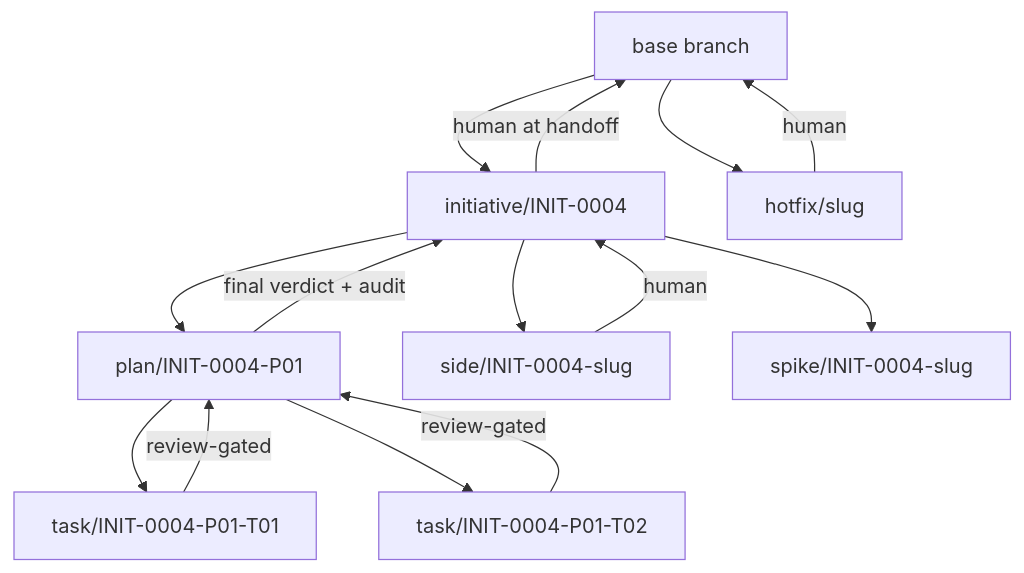
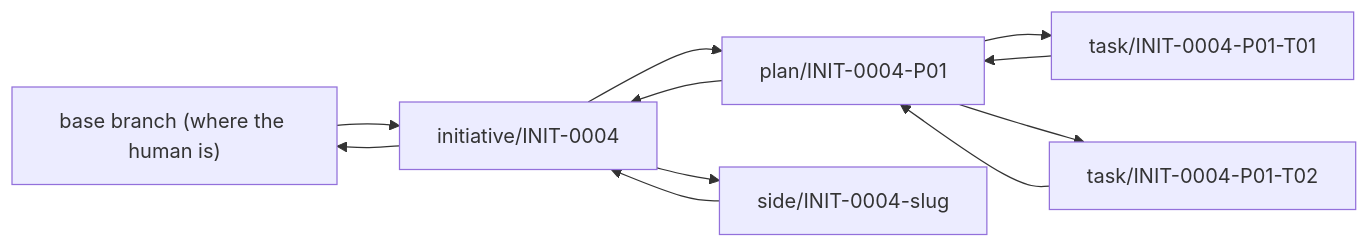
One commit to Atri10/executor changed the diagram in skills/executor/references/branches.md. Above: the diagram before and after it, drawn with Mermaid. The commit also changed other lines of this file and 40 other files, not shown here.

````diff
--- a/skills/executor/references/branches.md
+++ b/skills/executor/references/branches.md
@@ -50,25 +12,13 @@
 ```mermaid
-flowchart TB
-    BASE["base branch"]
-    INIT["initiative/INIT-0004"]
-    P1["plan/INIT-0004-P01"]
-    T1["task/INIT-0004-P01-T01"]
-    T2["task/INIT-0004-P01-T02"]
-    SIDE["side/INIT-0004-slug"]
-    SPIKE["spike/INIT-0004-slug"]
-    HOT["hotfix/slug"]
-
-    BASE --> INIT
-    INIT --> P1
-    INIT --> SIDE
-    INIT --> SPIKE
-    P1 --> T1
-    P1 --> T2
-    T1 -->|"review-gated"| P1
-    T2 -->|"review-gated"| P1
-    SIDE -->|"human"| INIT
-    P1 -->|"final verdict + audit"| INIT
-    INIT -->|"human at handoff"| BASE
-    BASE --> HOT
-    HOT -->|"human"| BASE
+flowchart LR
+    BASE["base branch (where the human is)"] --> INIT["initiative/INIT-0004"]
+    INIT --> P1["plan/INIT-0004-P01"]
+    INIT --> SIDE["side/INIT-0004-slug"]
+    P1 --> T1["task/INIT-0004-P01-T01"]
+    P1 --> T2["task/INIT-0004-P01-T02"]
+    T1 --> P1
+    T2 --> P1
+    SIDE --> INIT
+    P1 --> INIT
+    INIT --> BASE
 ```
````
